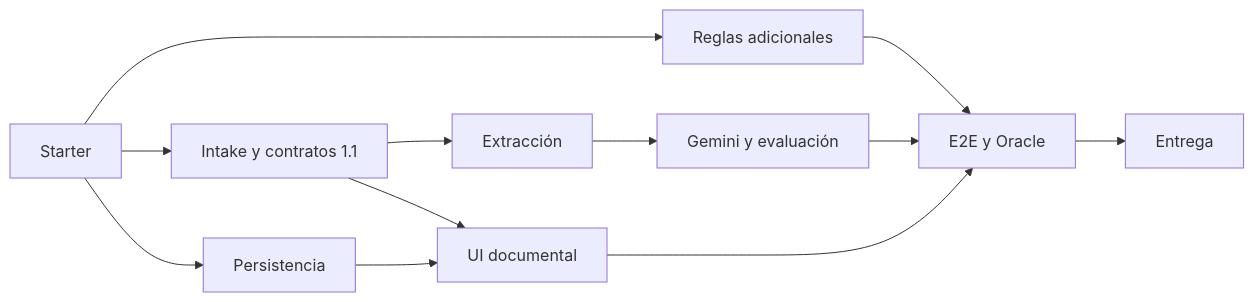
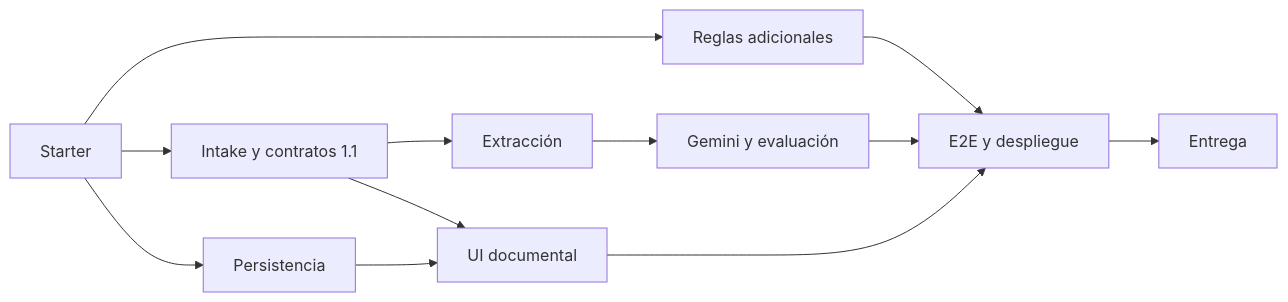
One commit to evallesv/hackia-sentria-reto2 changed the diagram in docs/implementation-plan.md. Above: the diagram before and after it, drawn with Mermaid. The commit also changed other lines of this file and 14 other files, not shown here.

````diff
--- a/docs/implementation-plan.md
+++ b/docs/implementation-plan.md
@@ -21,14 +21,14 @@
 ```mermaid
 flowchart LR
   T00[Starter] --> T01[Intake y contratos 1.1]
   T00 --> T03[Persistencia]
   T00 --> T04[Reglas adicionales]
   T01 --> T02[Extracción]
   T01 --> T06[UI documental]
   T02 --> T05[Gemini y evaluación]
   T03 --> T06
-  T04 --> T07[E2E y Oracle]
+  T04 --> T07[E2E y despliegue]
   T05 --> T07
   T06 --> T07
   T07 --> T08[Entrega]
 ```
````
